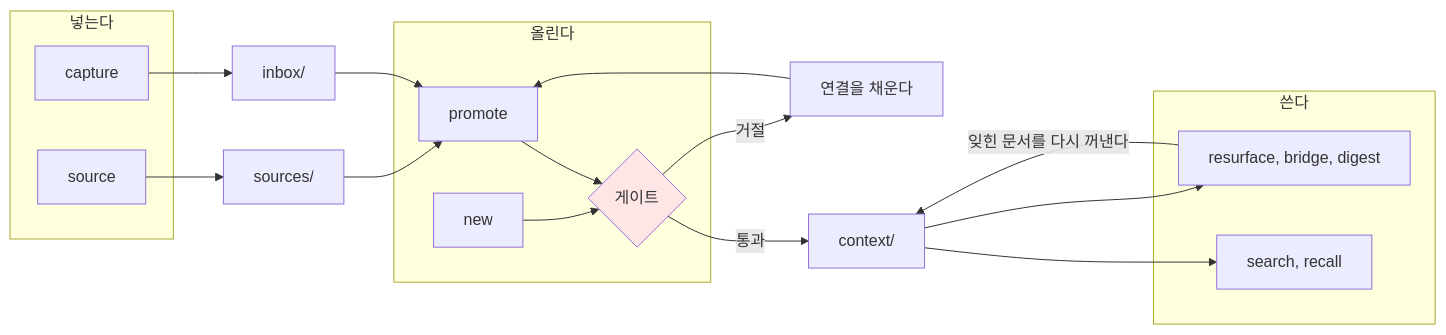
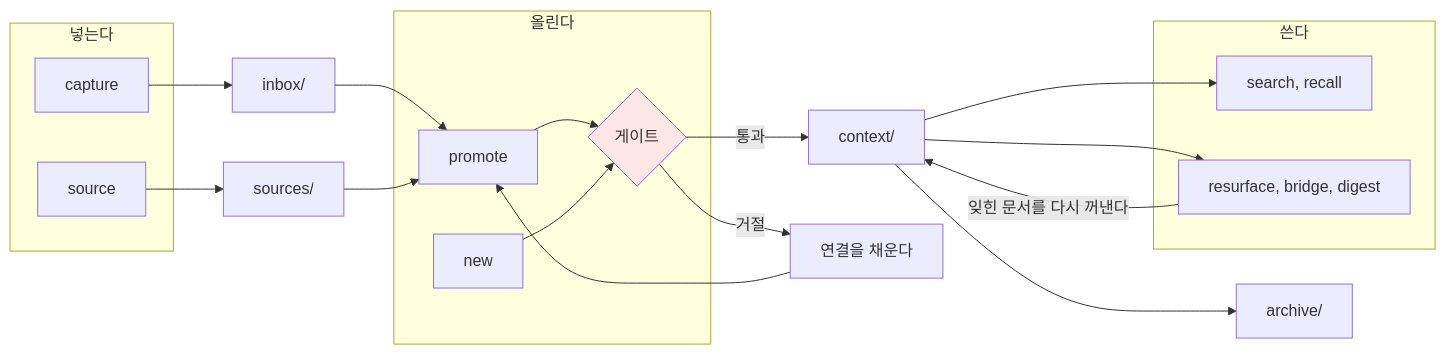
Before and after one commit to neocode24/engram: the diagram in README.md, drawn with Mermaid. The commit also changed other lines of this file and 11 other files, not shown here.

````diff
--- a/README.md
+++ b/README.md
@@ -130,31 +194,32 @@
 ```mermaid
 flowchart LR
     subgraph IN["넣는다"]
         C1["capture"]
         C2["source"]
     end
     subgraph UP["올린다"]
         C3["promote"]
         C4["new"]
         G{"게이트"}
     end
     subgraph USE["쓴다"]
         C5["search, recall"]
         C6["resurface, bridge, digest"]
     end
 
     C1 --> I["inbox/"]
     C2 --> S["sources/"]
     I --> C3
     S --> C3
     C3 --> G
     C4 --> G
     G -->|"통과"| K["context/"]
     G -->|"거절"| X["연결을 채운다"]
     X --> C3
     K --> C5
     K --> C6
+    K --> A["archive/"]
     C6 -->|"잊힌 문서를 다시 꺼낸다"| K
 
     style G fill:#ffe6e6
 ```
````
